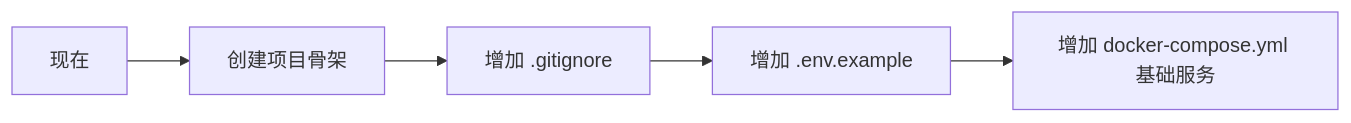
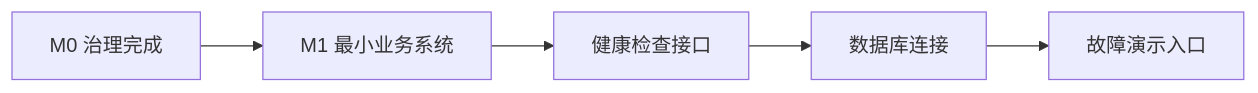
One commit to daxiguaguagua-hash/OpsAgent changed the seventh of 7 diagrams in docs/task-breakdown.md. Above: the diagram before and after it, drawn with Mermaid. The commit also changed other lines of this file and 19 other files, not shown here.

````diff
--- a/docs/task-breakdown.md
+++ b/docs/task-breakdown.md
@@ -256,7 +261,7 @@
 ```mermaid
 flowchart LR
-  A[现在] --> B[创建项目骨架]
-  B --> C[增加 .gitignore]
-  C --> D[增加 .env.example]
-  D --> E[增加 docker-compose.yml 基础服务]
+  A[M0 治理完成] --> B[M1 最小业务系统]
+  B --> C[健康检查接口]
+  C --> D[数据库连接]
+  D --> E[故障演示入口]
 ```
````
